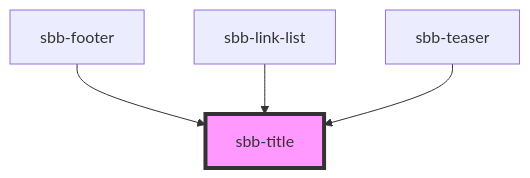
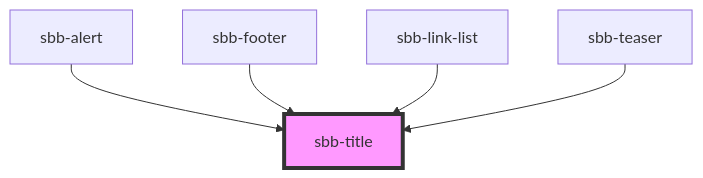
Before and after one commit to sbb-design-systems/lyne-components: the diagram in src/components/sbb-title/readme.md, drawn with Mermaid. The commit also changed other lines of this file and 6 other files, not shown here.

````diff
--- a/src/components/sbb-title/readme.md
+++ b/src/components/sbb-title/readme.md
@@ -31,7 +32,8 @@
 ```mermaid
 graph TD;
+  sbb-alert --> sbb-title
   sbb-footer --> sbb-title
   sbb-link-list --> sbb-title
   sbb-teaser --> sbb-title
   style sbb-title fill:#f9f,stroke:#333,stroke-width:4px
 ```
````
